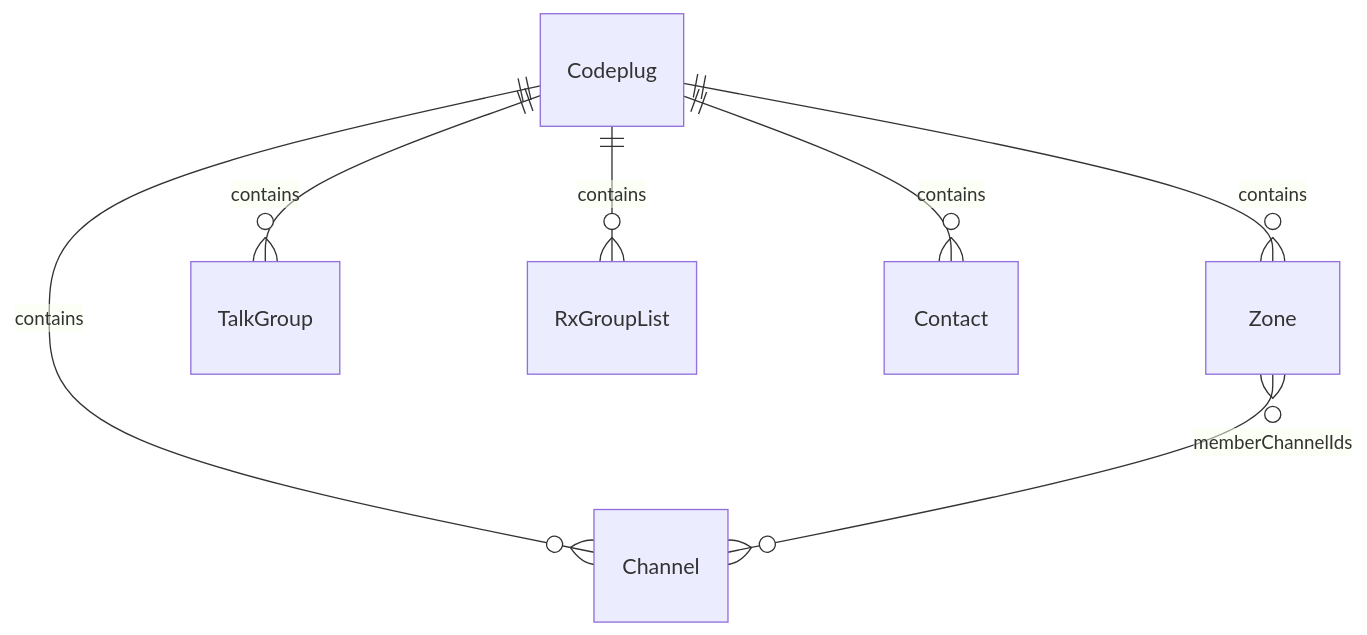
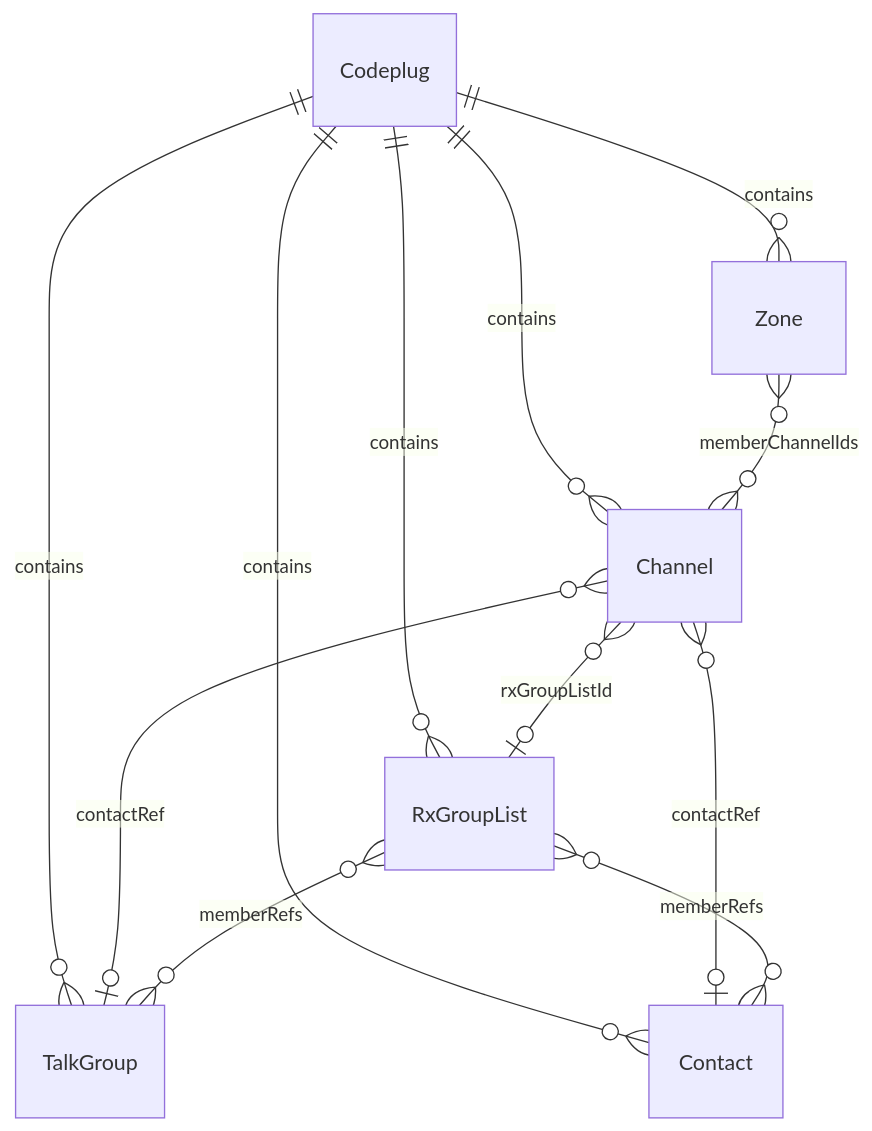
The first of 2 diagrams in docs/features/data-model/README.md (pskillen/codeplug-tool), drawn with Mermaid before and after one commit. The commit also changed other lines of this file and 4 other files, not shown here.

First line of the commit message:
docs(data-model): document UUID FK fields and schema v7

````diff
--- a/docs/features/data-model/README.md
+++ b/docs/features/data-model/README.md
@@ -13,9 +13,14 @@
 ```mermaid
 erDiagram
   Codeplug ||--o{ Channel : contains
   Codeplug ||--o{ Zone : contains
   Codeplug ||--o{ TalkGroup : contains
   Codeplug ||--o{ RxGroupList : contains
   Codeplug ||--o{ Contact : contains
   Zone }o--o{ Channel : "memberChannelIds"
+  Channel }o--o| TalkGroup : "contactRef"
+  Channel }o--o| Contact : "contactRef"
+  Channel }o--o| RxGroupList : "rxGroupListId"
+  RxGroupList }o--o{ TalkGroup : "memberRefs"
+  RxGroupList }o--o{ Contact : "memberRefs"
 ```
````
